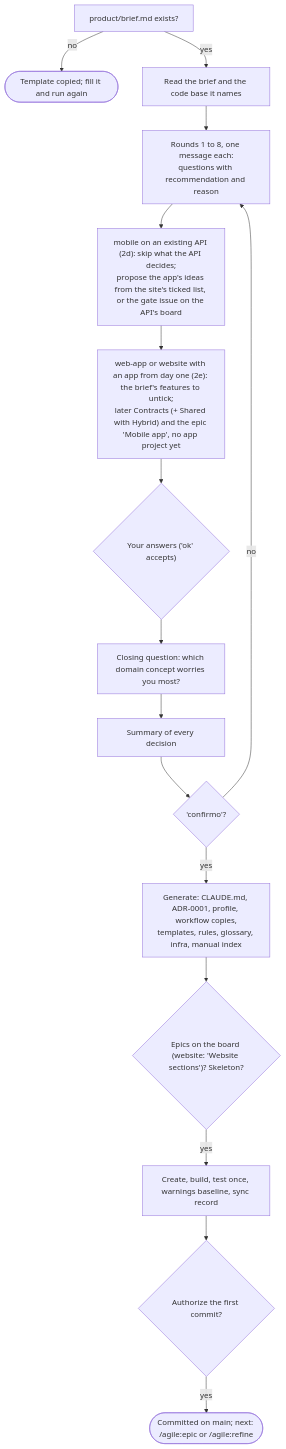
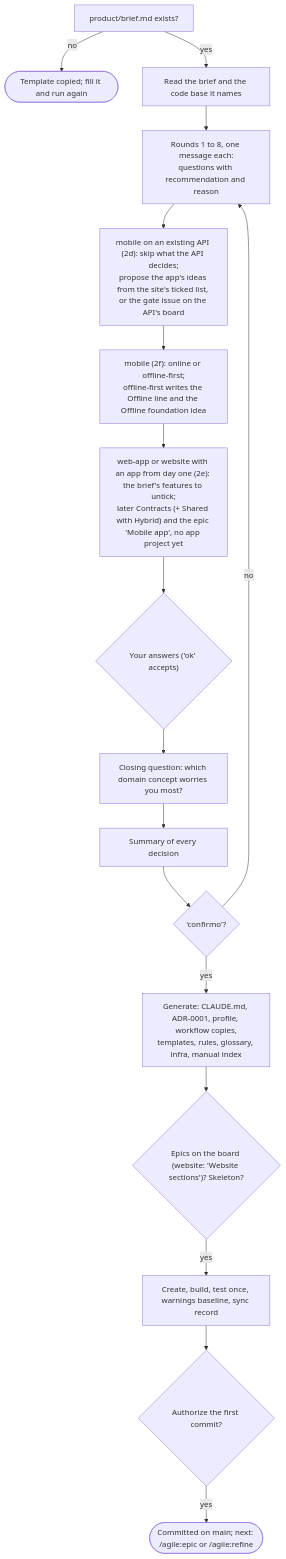
The third of 20 diagrams in docs/agile/workflow.md (alexcanario/simulab), drawn with Mermaid before and after one commit. The commit also changed other lines of this file and 4 other files, not shown here.

````diff
--- a/docs/agile/workflow.md
+++ b/docs/agile/workflow.md
@@ -2261,18 +2285,19 @@
 ```mermaid
 flowchart TD
     A["product/brief.md exists?"] -->|no| A1(["Template copied; fill it and run again"])
     A -->|yes| B["Read the brief and the code base it names"]
     B --> C["Rounds 1 to 8, one message each:<br/>questions with recommendation and reason"]
     C --> C1["mobile on an existing API (2d): skip what the API decides;<br/>propose the app's ideas from the site's ticked list, or the gate issue on the API's board"]
-    C1 --> C2["web-app or website with an app from day one (2e): the brief's features to untick;<br/>later Contracts (+ Shared with Hybrid) and the epic 'Mobile app', no app project yet"]
+    C1 --> C1b["mobile (2f): online or offline-first;<br/>offline-first writes the Offline line and the Offline foundation idea"]
+    C1b --> C2["web-app or website with an app from day one (2e): the brief's features to untick;<br/>later Contracts (+ Shared with Hybrid) and the epic 'Mobile app', no app project yet"]
     C2 --> D{"Your answers ('ok' accepts)"}
     D --> E["Closing question: which domain concept worries you most?"]
     E --> F["Summary of every decision"]
     F --> G{"'confirmo'?"}
     G -->|no| C
     G -->|yes| H["Generate: CLAUDE.md, ADR-0001, profile, workflow copies,<br/>templates, rules, glossary, infra, manual index"]
     H --> I{"Epics on the board (website: 'Website sections')? Skeleton?"}
     I -->|yes| J["Create, build, test once, warnings baseline, sync record"]
     J --> K{"Authorize the first commit?"}
     K -->|yes| L(["Committed on main; next: /agile:epic or /agile:refine"])
 ```
````
